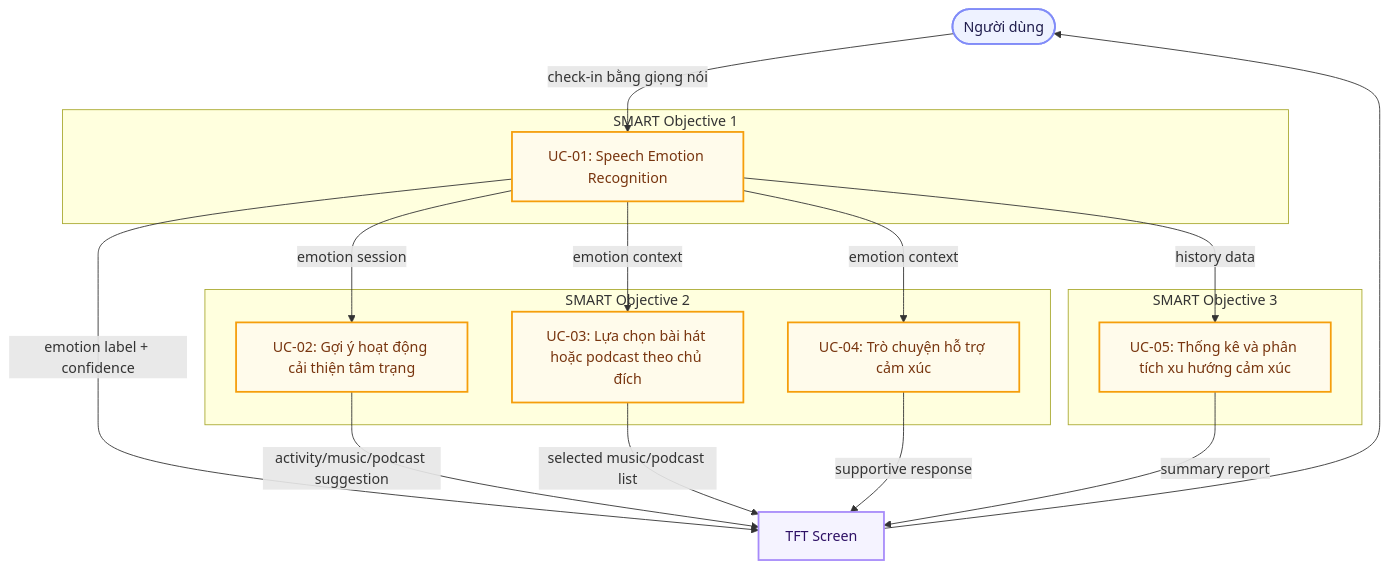
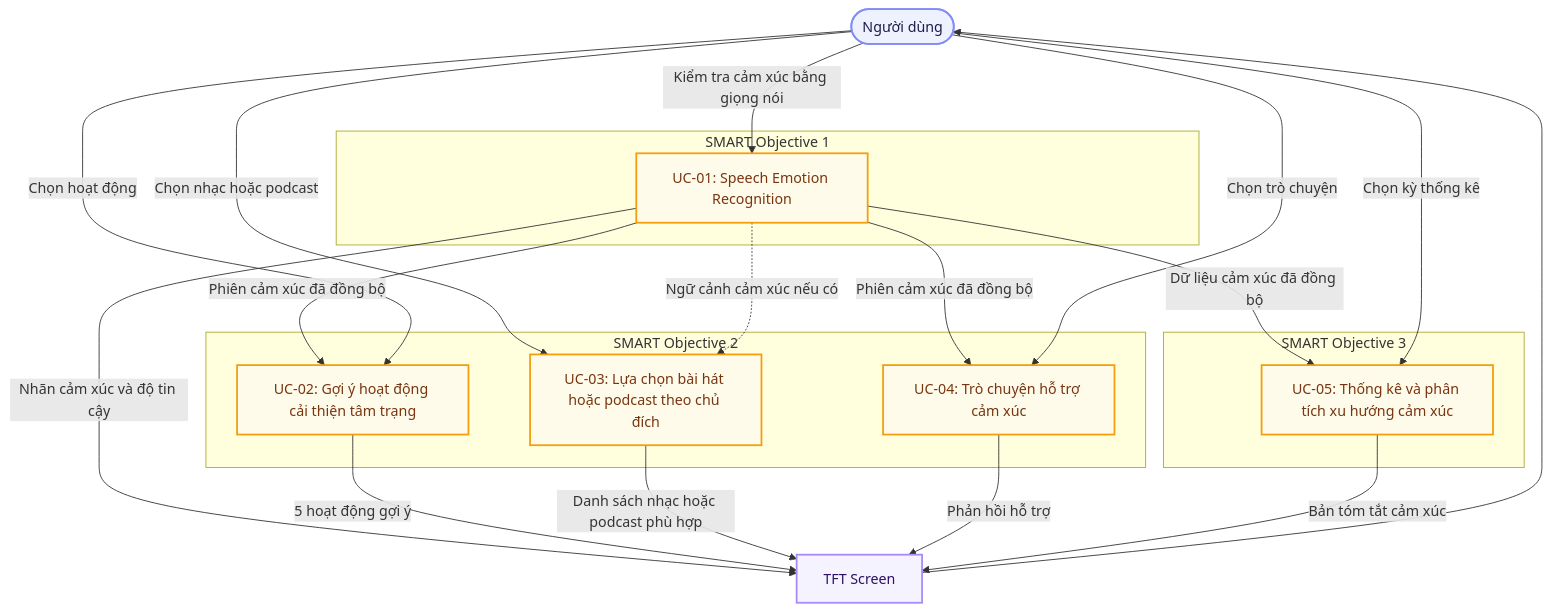
Before and after one commit to Computer-Vision-HCMUS/AIoT-Server: the first of 6 diagrams in docs/Spectification/EmotiCareAIoT/03_Objectives.md, drawn with Mermaid. The commit also changed other lines of this file and 37 other files, not shown here.

````diff
--- a/docs/Spectification/EmotiCareAIoT/03_Objectives.md
+++ b/docs/Spectification/EmotiCareAIoT/03_Objectives.md
@@ -33,42 +33,46 @@
 ```mermaid
 flowchart TD
     User(["Người dùng"])
     TFT["TFT Screen"]
 
     subgraph O1["SMART Objective 1"]
         UC1["UC-01: Speech Emotion Recognition"]
     end
 
     subgraph O2["SMART Objective 2"]
         UC2["UC-02: Gợi ý hoạt động cải thiện tâm trạng"]
         UC3["UC-03: Lựa chọn bài hát hoặc podcast theo chủ đích"]
         UC4["UC-04: Trò chuyện hỗ trợ cảm xúc"]
     end
 
     subgraph O3["SMART Objective 3"]
         UC5["UC-05: Thống kê và phân tích xu hướng cảm xúc"]
     end
 
-    User -->|"check-in bằng giọng nói"| UC1
-    UC1 -->|"emotion label + confidence"| TFT
-    UC1 -->|"emotion session"| UC2
-    UC1 -->|"emotion context"| UC3
-    UC1 -->|"emotion context"| UC4
-    UC1 -->|"history data"| UC5
-    UC2 -->|"activity/music/podcast suggestion"| TFT
-    UC3 -->|"selected music/podcast list"| TFT
-    UC4 -->|"supportive response"| TFT
-    UC5 -->|"summary report"| TFT
+    User -->|"Kiểm tra cảm xúc bằng giọng nói"| UC1
+    UC1 -->|"Nhãn cảm xúc và độ tin cậy"| TFT
+    UC1 -->|"Phiên cảm xúc đã đồng bộ"| UC2
+    User -->|"Chọn hoạt động"| UC2
+    User -->|"Chọn nhạc hoặc podcast"| UC3
+    UC1 -.->|"Ngữ cảnh cảm xúc nếu có"| UC3
+    UC1 -->|"Phiên cảm xúc đã đồng bộ"| UC4
+    User -->|"Chọn trò chuyện"| UC4
+    UC1 -->|"Dữ liệu cảm xúc đã đồng bộ"| UC5
+    User -->|"Chọn kỳ thống kê"| UC5
+    UC2 -->|"5 hoạt động gợi ý"| TFT
+    UC3 -->|"Danh sách nhạc hoặc podcast phù hợp"| TFT
+    UC4 -->|"Phản hồi hỗ trợ"| TFT
+    UC5 -->|"Bản tóm tắt cảm xúc"| TFT
     TFT --> User
 
 
     classDef userNode stroke:#818cf8,fill:#eef2ff,stroke-width:2px,color:#1e1b4b
     classDef edgeNode stroke:#a78bfa,fill:#f5f3ff,stroke-width:2px,color:#2e1065
     classDef cacheNode stroke:#2dd4bf,fill:#f0fdfa,stroke-width:2px,color:#0d5a57
     classDef cloudNode stroke:#38bdf8,fill:#f0f9ff,stroke-width:2px,color:#0c3d67
     classDef serviceNode stroke:#4ade80,fill:#f0fdf4,stroke-width:2px,color:#1a3a1a
     classDef actionNode stroke:#f59e0b,fill:#fffbeb,stroke-width:2px,color:#78350f
     class User userNode
     class TFT edgeNode
     class UC1,UC2,UC3,UC4,UC5 actionNode
 ```
````
